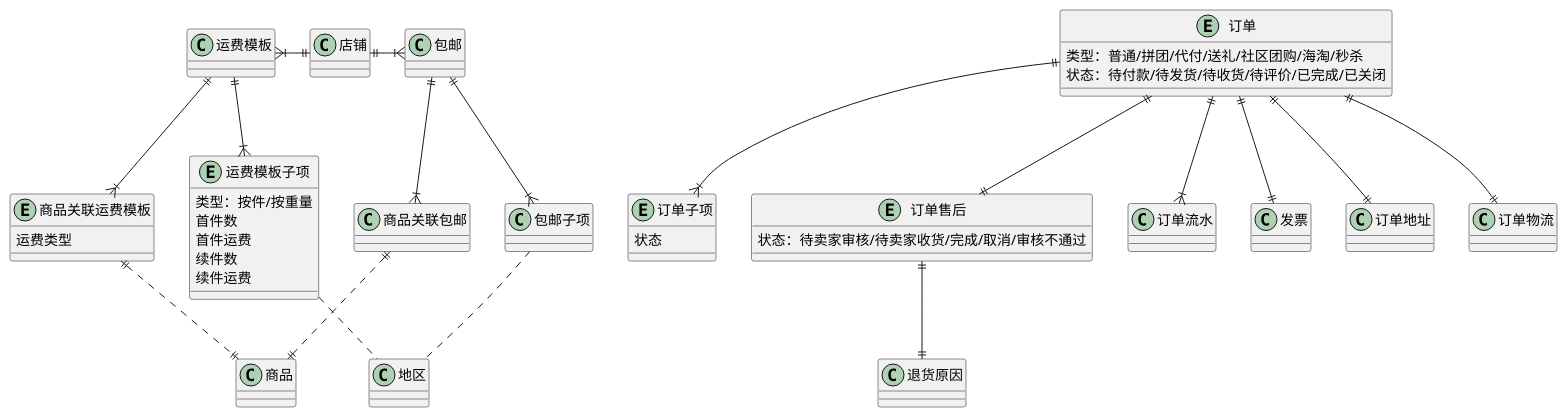
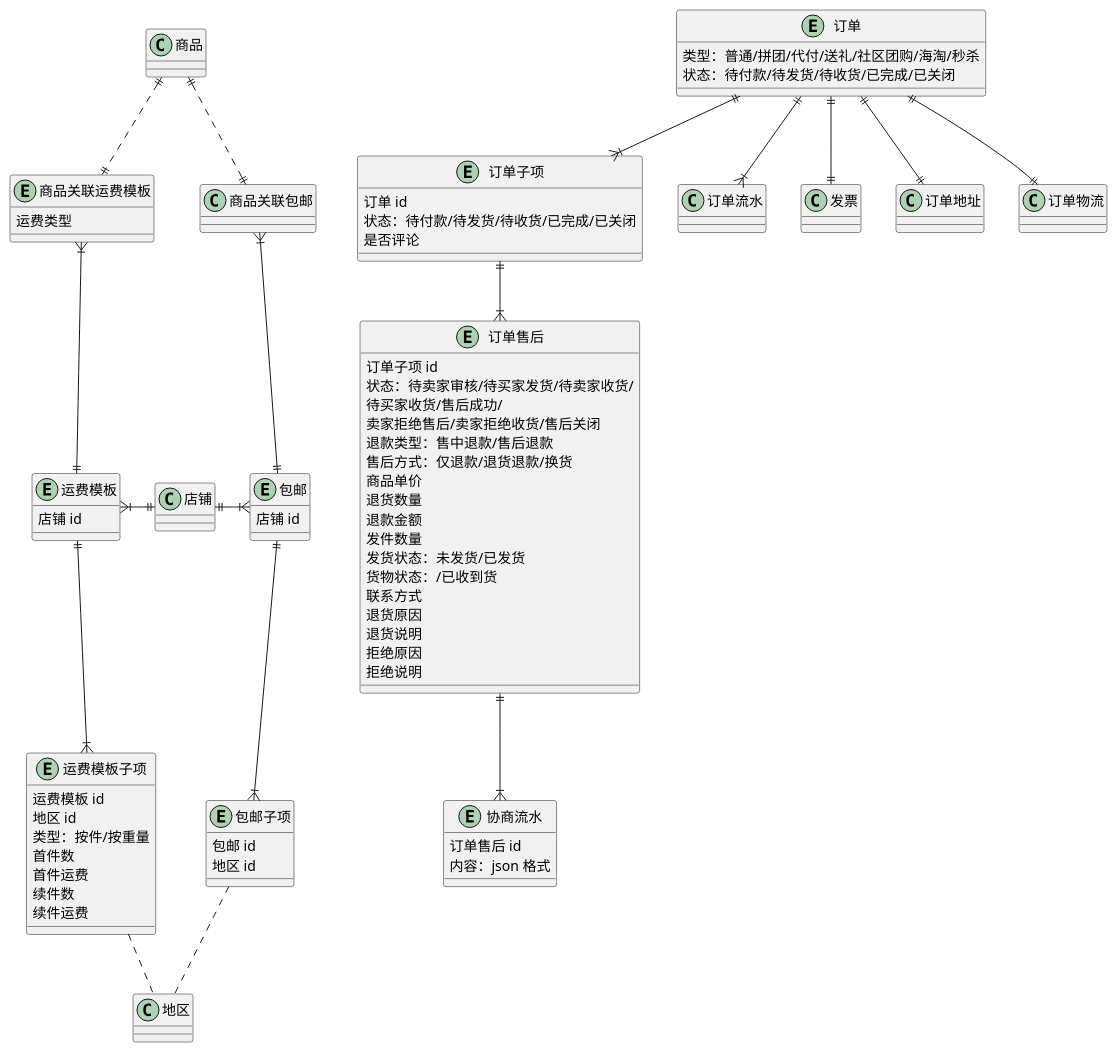
The diagram in 订单.wsd (awesomecat2020/mock-mall), drawn with PlantUML before and after one commit. The commit also changed 2 other files, not shown here.

Commit message:
UML-订单

```diff
--- a/订单.wsd
+++ b/订单.wsd
@@ -1,44 +1,90 @@
 @startuml 订单UML
 
+' ==================== 订单 ====================
 entity 订单 {
     类型：普通/拼团/代付/送礼/社区团购/海淘/秒杀
-    状态：待付款/待发货/待收货/待评价/已完成/已关闭
+    状态：待付款/待发货/待收货/已完成/已关闭
 }
 entity 订单子项 {
-    状态
-}
-entity 订单售后 {
-    状态：待卖家审核/待卖家收货/完成/取消/审核不通过
-}
-entity 商品关联运费模板 {
-    运费类型
-}
-entity 运费模板子项 {
-    类型：按件/按重量
-    首件数
-    首件运费
-    续件数
-    续件运费
+    订单 id
+    状态：待付款/待发货/待收货/已完成/已关闭
+    是否评论
 }
 
 订单 ||--|{ 订单子项
 订单 ||--|{ 订单流水
 订单 ||--|| 发票
 订单 ||--|| 订单地址
 订单 ||--|| 订单物流
-订单 ||--|| 订单售后
-订单售后 ||--|| 退货原因
 
-运费模板 ||--|{ 商品关联运费模板
-商品关联运费模板 ||..|| 商品
+
+' ==================== 订单售后 ====================
+entity 订单售后 {
+    订单子项 id
+    状态：待卖家审核/待买家发货/待卖家收货/
+        待买家收货/售后成功/
+        卖家拒绝售后/卖家拒绝收货/售后关闭
+    退款类型：售中退款/售后退款
+    ' 客服介入状态：未介入/介入中/介入结束
+    售后方式：仅退款/退货退款/换货
+    商品单价
+    退货数量
+    退款金额
+    发件数量
+    发货状态：未发货/已发货
+    货物状态：/已收到货
+    联系方式
+    退货原因
+    退货说明
+    拒绝原因
+    拒绝说明
+}
+entity 协商流水 {
+    订单售后 id
+    内容：json 格式
+}
+
+订单子项 ||--|{ 订单售后
+订单售后 ||--|{ 协商流水
+
+
+' ==================== 运费模版 ====================
+entity 运费模板 {
+    店铺 id
+}
+entity 运费模板子项 {
+    运费模板 id
+    地区 id
+    类型：按件/按重量
+    首件数
+    首件运费
+    续件数
+    续件运费
+}
+entity 商品关联运费模板 {
+    运费类型
+}
+
+运费模板 ||-u-|{ 商品关联运费模板
+商品关联运费模板 ||.u.|| 商品
 运费模板 }|-r-|| 店铺
 运费模板 ||--|{ 运费模板子项
 运费模板子项 .. 地区
 
-包邮 ||--|{ 商品关联包邮
-商品关联包邮 ||..|| 商品
+
+' ==================== 包邮模板 ====================
+entity 包邮 {
+    店铺 id
+}
+entity 包邮子项 {
+    包邮 id
+    地区 id
+}
+
+包邮 ||-u-|{ 商品关联包邮
+商品关联包邮 ||.u.|| 商品
 包邮 }|-l-|| 店铺
 包邮 ||--|{ 包邮子项
 包邮子项 .. 地区
 
 @enduml
```
